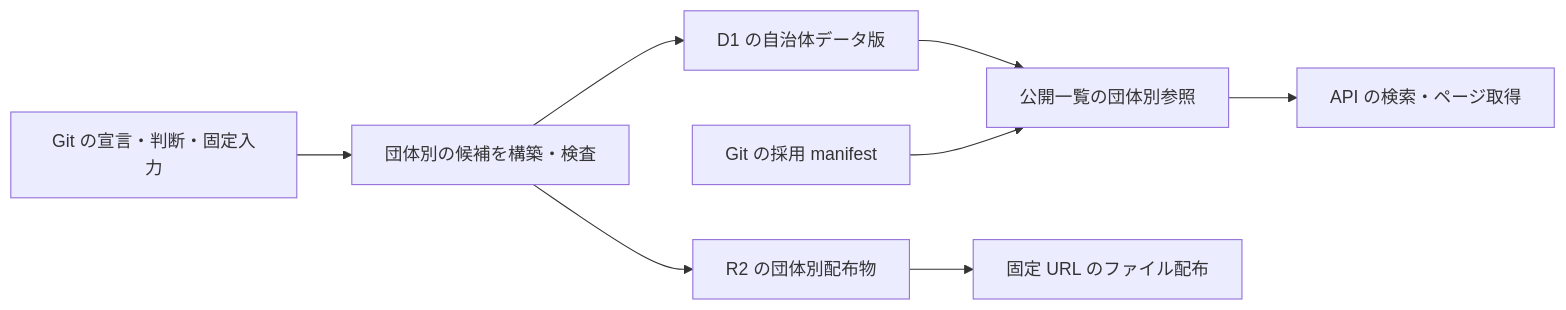
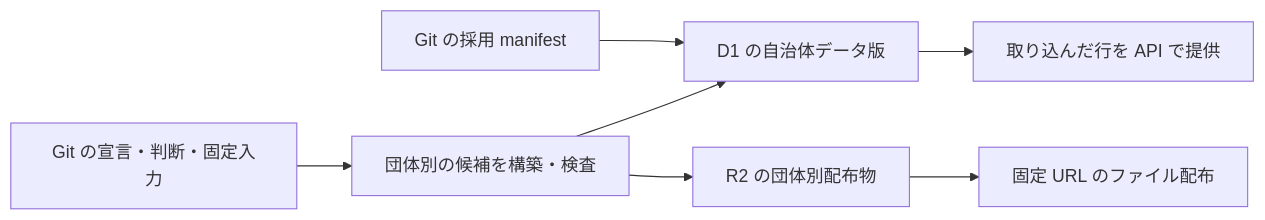
The first of 2 diagrams in docs/design-doc-jurisdiction-versions.md (wwwyo/fudoki), drawn with Mermaid before and after one commit. The commit also changed other lines of this file and 224 other files, not shown here.

````diff
--- a/docs/design-doc-jurisdiction-versions.md
+++ b/docs/design-doc-jurisdiction-versions.md
@@ -20,10 +20,9 @@
 ```mermaid
 flowchart LR
     git[Git の宣言・判断・固定入力] --> build[団体別の候補を構築・検査]
     build --> version[D1 の自治体データ版]
     build --> package[R2 の団体別配布物]
-    version --> members[公開一覧の団体別参照]
-    members --> api[API の検索・ページ取得]
+    version --> api[取り込んだ行を API で提供]
     package --> download[固定 URL のファイル配布]
-    manifest[Git の採用 manifest] --> members
+    manifest[Git の採用 manifest] --> version
 ```
````
